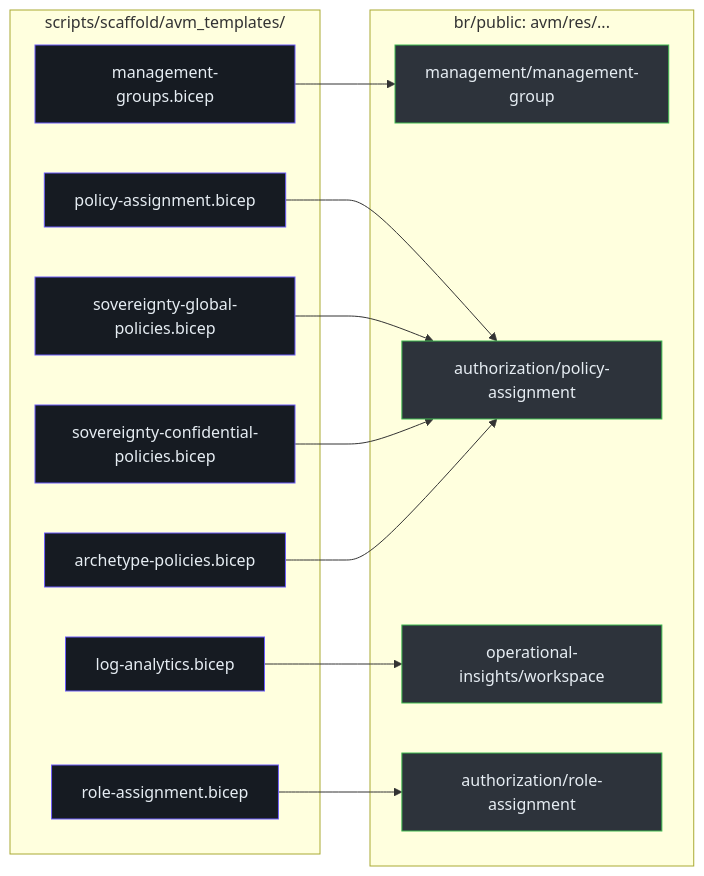
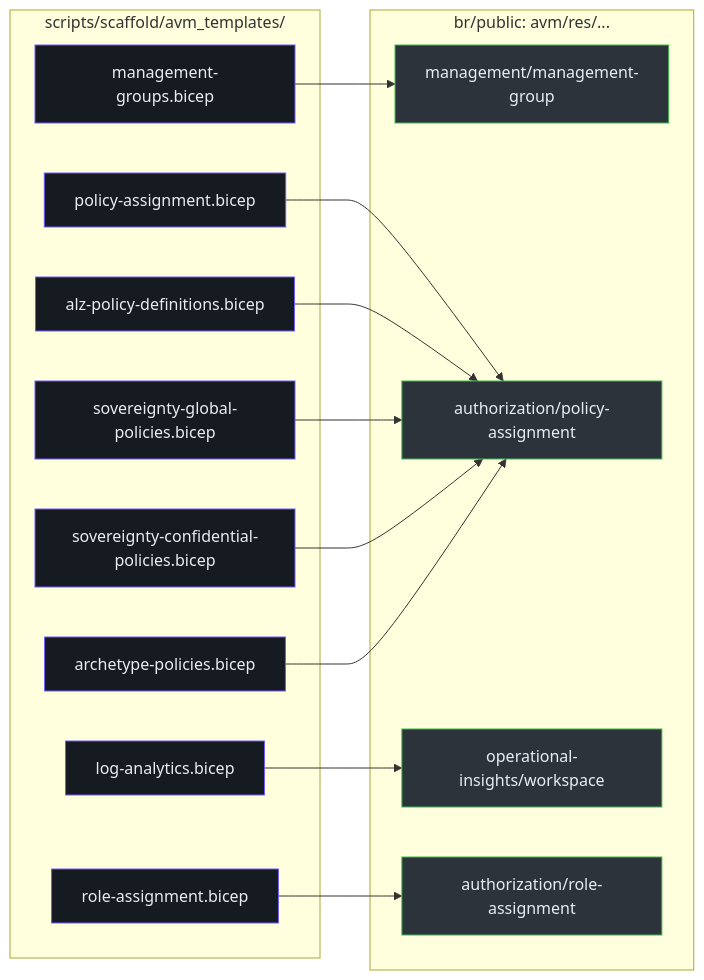
One commit to msucharda/slz-readiness changed the first of 2 diagrams in wiki/docs/deep-dive/scaffold/avm-templates.md. Above: the diagram before and after it, drawn with Mermaid. The commit also changed other lines of this file and 39 other files, not shown here.

````diff
--- a/wiki/docs/deep-dive/scaffold/avm-templates.md
+++ b/wiki/docs/deep-dive/scaffold/avm-templates.md
@@ -29,30 +30,32 @@
 ```mermaid
 flowchart LR
     subgraph Local["scripts/scaffold/avm_templates/"]
         T1["management-groups.bicep"]:::t
         T2["policy-assignment.bicep"]:::t
-        T3["sovereignty-global-policies.bicep"]:::t
-        T4["sovereignty-confidential-policies.bicep"]:::t
-        T5["archetype-policies.bicep"]:::t
-        T6["log-analytics.bicep"]:::t
-        T7["role-assignment.bicep"]:::t
+        T3["alz-policy-definitions.bicep"]:::t
+        T4["sovereignty-global-policies.bicep"]:::t
+        T5["sovereignty-confidential-policies.bicep"]:::t
+        T6["archetype-policies.bicep"]:::t
+        T7["log-analytics.bicep"]:::t
+        T8["role-assignment.bicep"]:::t
     end
 
     subgraph AVM["br/public: avm/res/..."]
         M1["management/management-group"]:::m
         M2["authorization/policy-assignment"]:::m
         M3["operational-insights/workspace"]:::m
         M4["authorization/role-assignment"]:::m
     end
 
     T1 --> M1
     T2 --> M2
     T3 --> M2
     T4 --> M2
     T5 --> M2
-    T6 --> M3
-    T7 --> M4
+    T6 --> M2
+    T7 --> M3
+    T8 --> M4
 
     classDef t fill:#161b22,stroke:#6d5dfc,color:#e6edf3;
     classDef m fill:#2d333b,stroke:#3fb950,color:#e6edf3;
 ```
````
